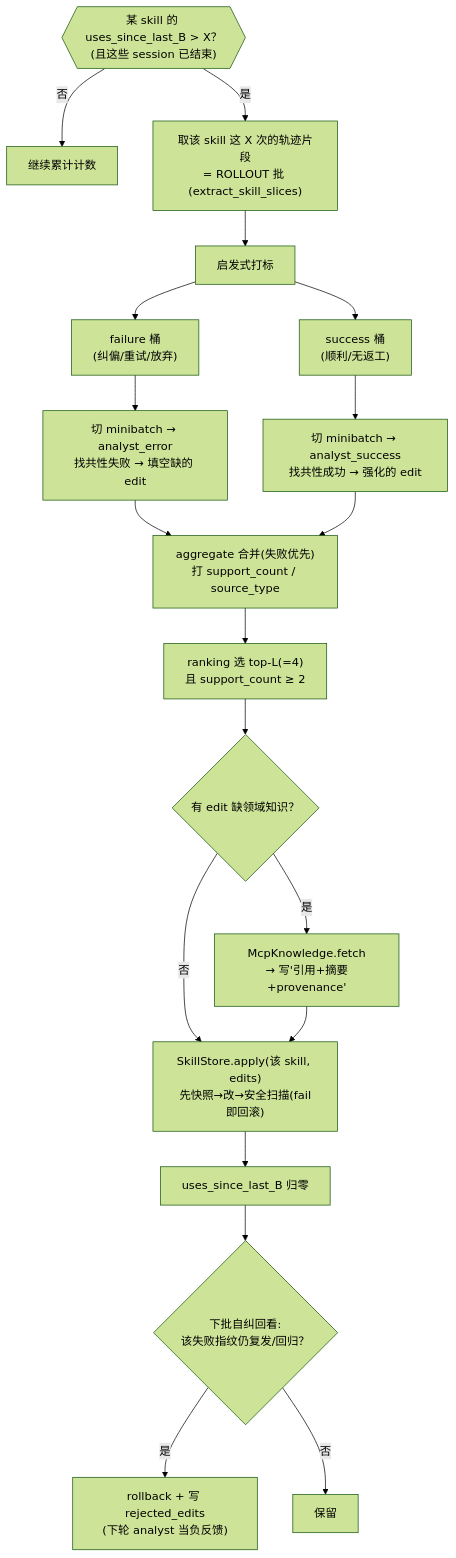
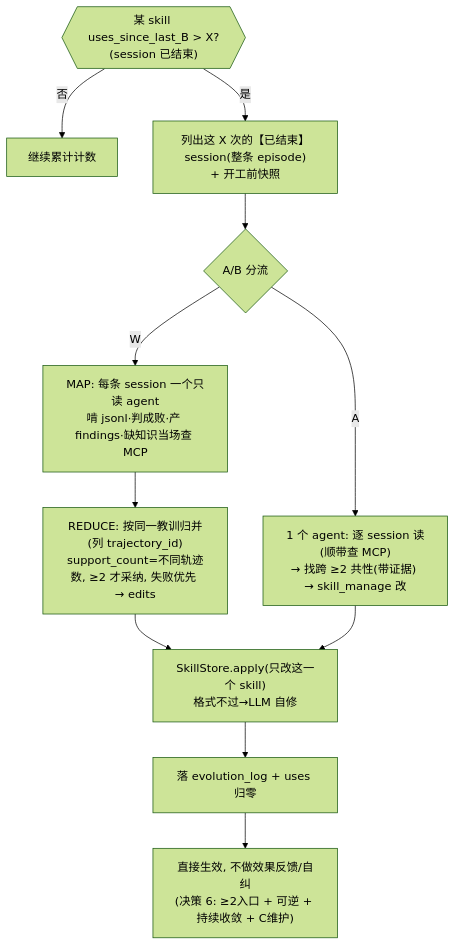
One commit to Mrchen116/skill-evolution changed the second of 4 diagrams in docs/changes/feat-1-skill-self-evolution/design.md. Above: the diagram before and after it, drawn with Mermaid (forest theme). The commit also changed other lines of this file and 3 other files, not shown here.

````diff
--- a/docs/changes/feat-1-skill-self-evolution/design.md
+++ b/docs/changes/feat-1-skill-self-evolution/design.md
@@ -295,22 +324,14 @@
 ```mermaid
 flowchart TD
-  T{{"某 skill 的 uses_since_last_B > X？<br/>(且这些 session 已结束)"}}
-  T -- 否 --> W[继续累计计数]
-  T -- 是 --> R["取该 skill 这 X 次的轨迹片段<br/>= ROLLOUT 批 (extract_skill_slices)"]
-  R --> TAG[启发式打标]
-  TAG --> F["failure 桶<br/>(纠偏/重试/放弃)"]
-  TAG --> S["success 桶<br/>(顺利/无返工)"]
-  F --> FA["切 minibatch → analyst_error<br/>找共性失败 → 填空缺的 edit"]
-  S --> SA["切 minibatch → analyst_success<br/>找共性成功 → 强化的 edit"]
-  FA --> AGG["aggregate 合并(失败优先)<br/>打 support_count / source_type"]
-  SA --> AGG
-  AGG --> RK["ranking 选 top-L(=4)<br/>且 support_count ≥ 2"]
-  RK --> MCP{"有 edit 缺领域知识？"}
-  MCP -- 是 --> FETCH["McpKnowledge.fetch<br/>→ 写'引用+摘要+provenance'"]
-  MCP -- 否 --> AP
-  FETCH --> AP["SkillStore.apply(该 skill, edits)<br/>先快照→改→安全扫描(fail即回滚)"]
-  AP --> Z[uses_since_last_B 归零]
-  Z --> SC{"下批自纠回看:<br/>该失败指纹仍复发/回归？"}
-  SC -- 是 --> RB["rollback + 写 rejected_edits<br/>(下轮 analyst 当负反馈)"]
-  SC -- 否 --> KEEP[保留]
+  T{{"某 skill uses_since_last_B > X?<br/>(session 已结束)"}}
+  T -- 否 --> WAIT[继续累计计数]
+  T -- 是 --> R["列出这 X 次的【已结束】session(整条 episode)<br/>+ 开工前快照"]
+  R --> SPLIT{"A/B 分流"}
+  SPLIT -- W --> MAP["MAP: 每条 session 一个只读 agent<br/>啃 jsonl·判成败·产 findings·缺知识当场查 MCP"]
+  MAP --> RED["REDUCE: 按同一教训归并(列 trajectory_id)<br/>support_count=不同轨迹数, ≥2 才采纳, 失败优先 → edits"]
+  SPLIT -- A --> AG["1 个 agent: 逐 session 读(顺带查 MCP)<br/>→ 找跨 ≥2 共性(带证据) → skill_manage 改"]
+  RED --> AP["SkillStore.apply(只改这一个 skill)<br/>格式不过→LLM 自修"]
+  AG --> AP
+  AP --> LOG["落 evolution_log + uses 归零"]
+  LOG --> KEEP["直接生效, 不做效果反馈/自纠<br/>(决策 6: ≥2入口 + 可逆 + 持续收敛 + C维护)"]
 ```
````
